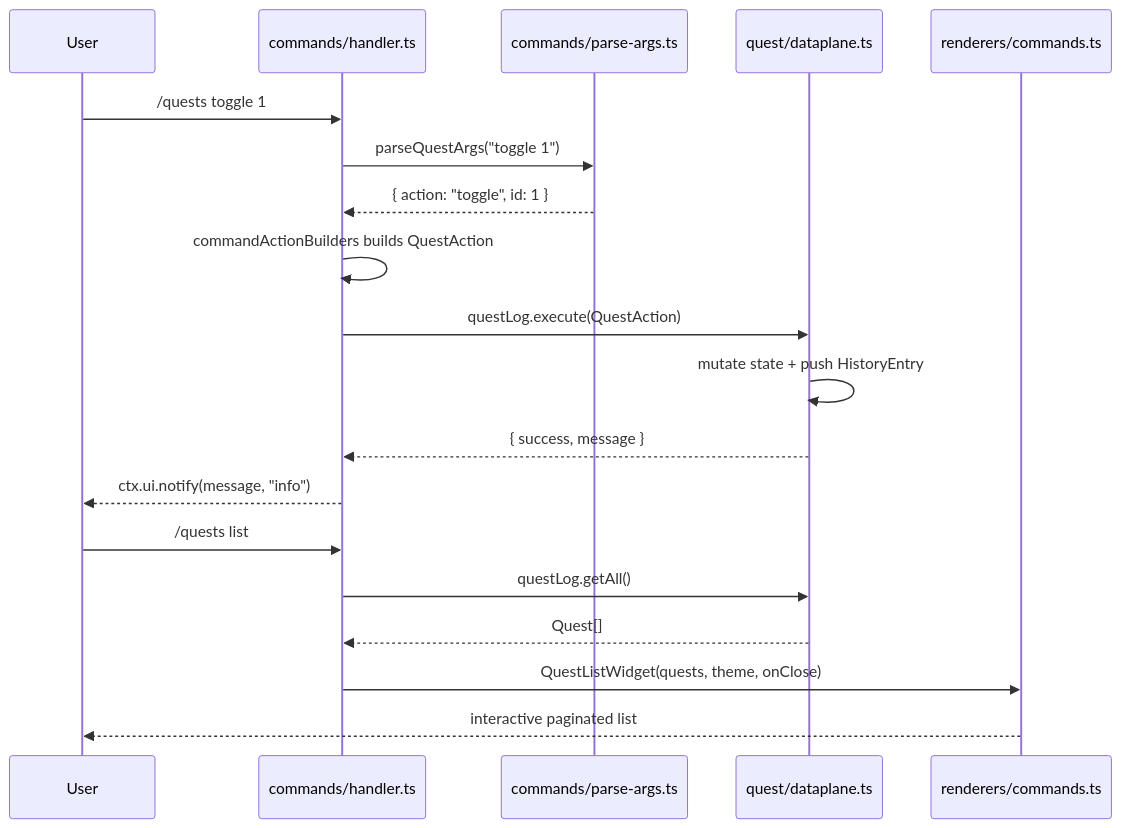
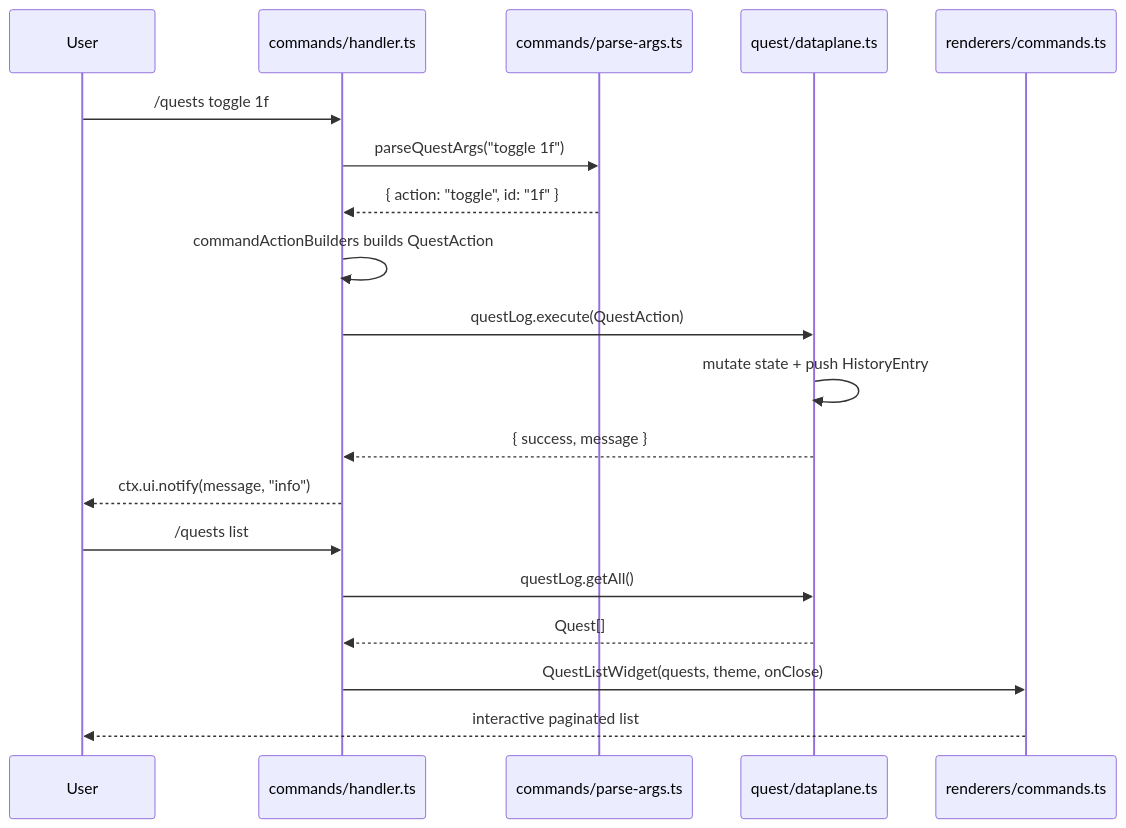
One commit to kalindudc/pi-quests changed the third of 4 diagrams in docs/architecture.md. Above: the diagram before and after it, drawn with Mermaid. The commit also changed other lines of this file and 7 other files, not shown here.

````diff
--- a/docs/architecture.md
+++ b/docs/architecture.md
@@ -85,23 +85,23 @@
 ```mermaid
 sequenceDiagram
     participant User
     participant cmdHandler as commands/handler.ts
     participant parseArgs as commands/parse-args.ts
     participant dataplane as quest/dataplane.ts
     participant widgets as renderers/commands.ts
 
-    User->>cmdHandler: /quests toggle 1
-    cmdHandler->>parseArgs: parseQuestArgs("toggle 1")
-    parseArgs-->>cmdHandler: { action: "toggle", id: 1 }
+    User->>cmdHandler: /quests toggle 1f
+    cmdHandler->>parseArgs: parseQuestArgs("toggle 1f")
+    parseArgs-->>cmdHandler: { action: "toggle", id: "1f" }
     cmdHandler->>cmdHandler: commandActionBuilders builds QuestAction
     cmdHandler->>dataplane: questLog.execute(QuestAction)
     dataplane->>dataplane: mutate state + push HistoryEntry
     dataplane-->>cmdHandler: { success, message }
     cmdHandler-->>User: ctx.ui.notify(message, "info")
 
     User->>cmdHandler: /quests list
     cmdHandler->>dataplane: questLog.getAll()
     dataplane-->>cmdHandler: Quest[]
     cmdHandler->>widgets: QuestListWidget(quests, theme, onClose)
     widgets-->>User: interactive paginated list
 ```
````
